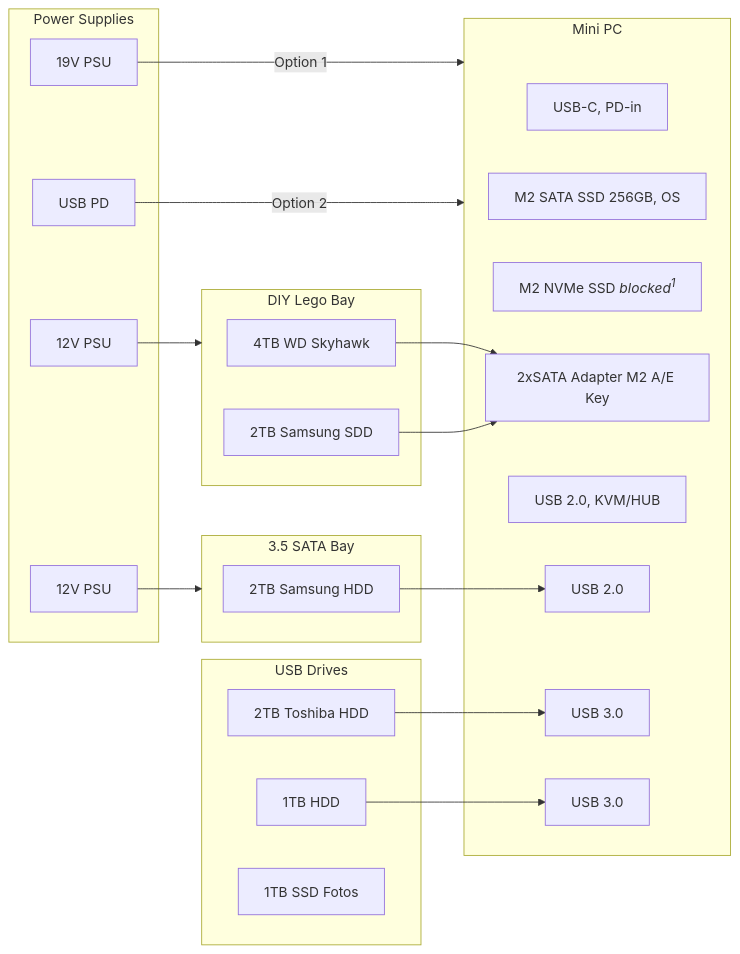
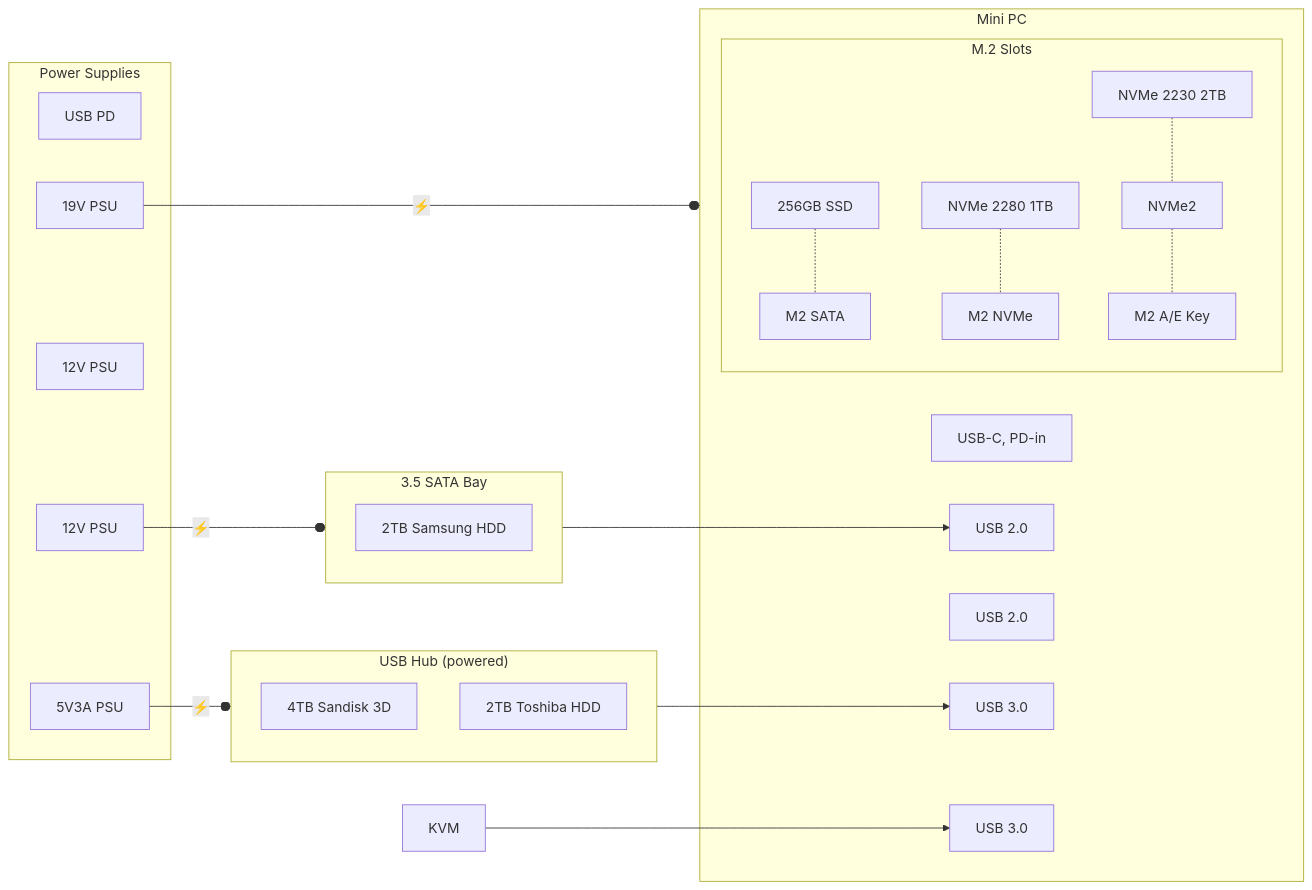
Before and after one commit to ubunatic/dotfiles: the first of 2 diagrams in homelab/docs/Storage.md, drawn with Mermaid. The commit also changed other lines of this file and 30 other files, not shown here.

````diff
--- a/homelab/docs/Storage.md
+++ b/homelab/docs/Storage.md
@@ -13,37 +15,40 @@
 ```mermaid
 graph LR
     subgraph Mini[Mini PC]
         USBC[USB-C, PD-in]
-        OS[M2 SATA SSD 256GB, OS]
-        NVMe[M2 NVMe SSD <i>blocked<sup>1</sup><i>]
-        M2AE[2xSATA Adapter M2 A/E Key]
-        USB2.1[USB 2.0, KVM/HUB]
+        subgraph M2[M.2 Slots]
+          256G[256GB SSD] -.- M2SATA[M2 SATA]
+          NVMe1TB[NVMe 2280 1TB] -.- NVMe1[M2 NVMe]
+          NVMe2TB[NVMe 2230 2TB] -.- NVMe2 -.- M2AE[M2 A/E Key]
+        end
+        USB2.1[USB 2.0]
         USB2.2[USB 2.0]
         USB3.1[USB 3.0]
-        USB3.2[USB 3.0]        
+        USB3.2[USB 3.0]
     end
+
     subgraph SATABay[3.5 SATA Bay]
-        HDD2S[2TB Samsung HDD] --> USB2.2
+        HDD2S[2TB Samsung HDD]
     end
-    subgraph Lego[DIY Lego Bay]
-        SSD4[4TB WD Skyhawk] --> M2AE
-        SSD2[2TB Samsung SDD] --> M2AE
-    end
-    subgraph USB Drives
-        HDD2T[2TB Toshiba HDD] --> USB3.1
-        HDD1[1TB HDD] --> USB3.2
-        F1[1TB SSD Fotos]
+
+    subgraph USBHub["USB Hub (powered)"]
+        SSD4[4TB Sandisk 3D]
+        SSD2[2TB Toshiba HDD]
     end
 
     subgraph Power[Power Supplies]
         USBPD[USB PD]
         PSU19V[19V PSU]
         PSU12V.1[12V PSU]
         PSU12V.2[12V PSU]
+        USB5V[5V3A PSU]
     end
-    
-    PSU12V.1[12V PSU] --> Lego
-    PSU12V.2[12V PSU] --> SATABay
-    PSU19V[19V PSU]   -->|Option 1| Mini
-    USBPD[USB PD]     -->|Option 2| Mini
+
+    KVM --> USB3.2
+    SATABay --> USB2.1
+    USBHub --> USB3.1
+
+    USB5V --o|⚡️| USBHub
+    PSU19V --o|⚡️| Mini
+    PSU12V.2[12V PSU] --o|⚡️| SATABay
 ```
````
